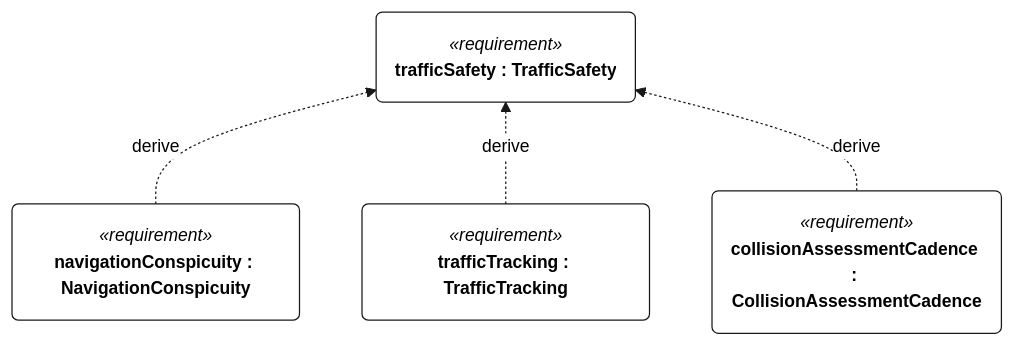
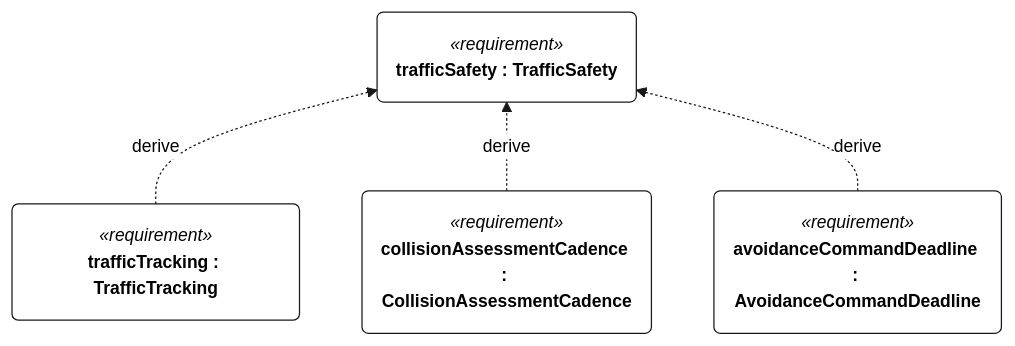
One commit to DavidIngraham/sv-blue-dog changed the first of 2 diagrams in docs/figures/requirements-s-001.md. Above: the diagram before and after it, drawn with Mermaid. The commit also changed other lines of this file and 130 other files, not shown here.

````diff
--- a/docs/figures/requirements-s-001.md
+++ b/docs/figures/requirements-s-001.md
@@ -23,43 +21,43 @@
 ```mermaid
 ---
 config:
   fontFamily: "Helvetica, Arial, sans-serif"
   theme: base
   themeCSS: ".edgeLabel rect { opacity: 1 !important; } .cluster-label .nodeLabel { text-align: center; }"
   themeVariables:
     fontFamily: "Helvetica, Arial, sans-serif"
     fontSize: "14px"
     primaryColor: "#FFFFFF"
     secondaryColor: "#FFFFFF"
     tertiaryColor: "#FFFFFF"
     background: "#FFFFFF"
     primaryBorderColor: "#181818"
     primaryTextColor: "#000000"
     lineColor: "#181818"
     textColor: "#000000"
     noteBkgColor: "#FEFFDD"
     noteBorderColor: "#181818"
     noteTextColor: "#000000"
     clusterBkg: "#FFFFFF"
     clusterBorder: "#181818"
     edgeLabelBackground: "#FFFFFF"
 ---
 %% BlueDogViews::trafficSafety1 — requirement rendering (view def GeneralView, filter @RequirementUsage)
-%% not represented: 112 node(s) without a position, left undrawn, and 136 edge(s) at them
+%% not represented: 58 node(s) without a position, left undrawn, and 64 edge(s) at them
 %% layout: n0 x=0 y=0
 %% layout: n1 x=0 y=200
 %% layout: n2 x=300 y=200
 %% layout: n3 x=600 y=200
 flowchart BT
   n0("`*«requirement»*
 **trafficSafety : TrafficSafety**`")
   n1("`*«requirement»*
-**navigationConspicuity : NavigationConspicuity**`")
+**trafficTracking : TrafficTracking**`")
   n2("`*«requirement»*
-**trafficTracking : TrafficTracking**`")
+**collisionAssessmentCadence : CollisionAssessmentCadence**`")
   n3("`*«requirement»*
-**collisionAssessmentCadence : CollisionAssessmentCadence**`")
+**avoidanceCommandDeadline : AvoidanceCommandDeadline**`")
   n1 -.->|"derive"| n0
   n2 -.->|"derive"| n0
   n3 -.->|"derive"| n0
 ```
````
